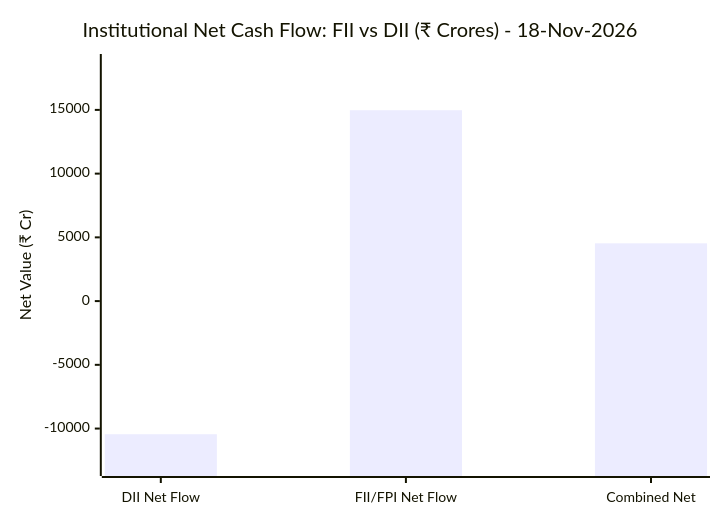
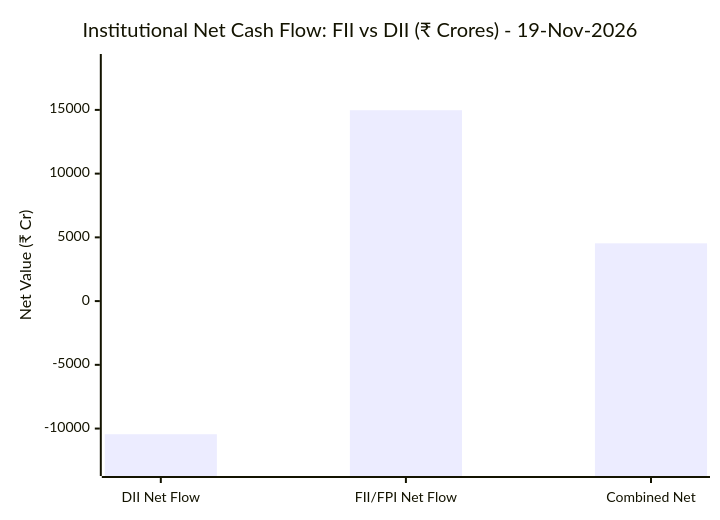
One commit to purnareddy9/dev changed the diagram in market-intelligence/README.md. Above: the diagram before and after it, drawn with Mermaid. The commit also changed other lines of this file and 4 other files, not shown here.

````diff
--- a/market-intelligence/README.md
+++ b/market-intelligence/README.md
@@ -65,7 +65,7 @@
 ```mermaid
 xychart-beta
-    title "Institutional Net Cash Flow: FII vs DII (₹ Crores) - 18-Nov-2026"
+    title "Institutional Net Cash Flow: FII vs DII (₹ Crores) - 19-Nov-2026"
     x-axis ["DII Net Flow", "FII/FPI Net Flow", "Combined Net"]
     y-axis "Net Value (₹ Cr)" -13055 --> 18718
     bar [-10444.54, 14974.68, 4530.14]
 ```
````
